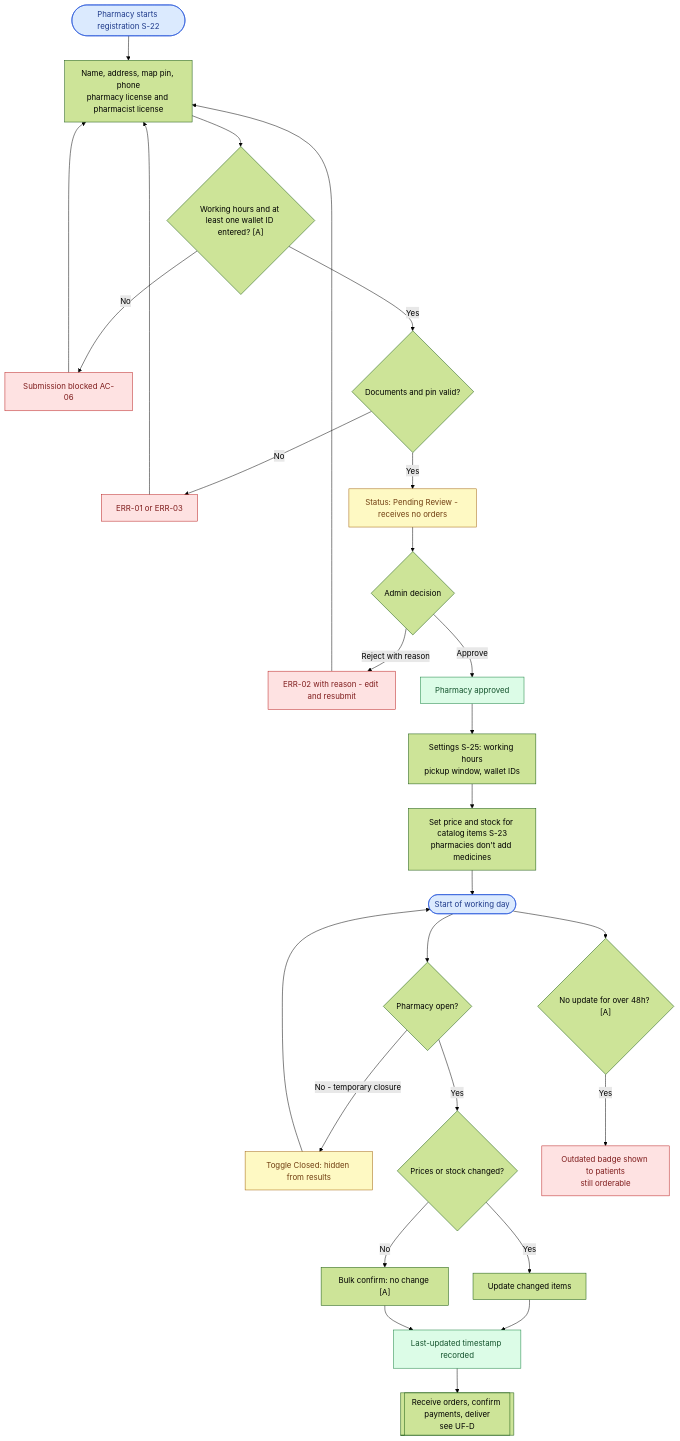
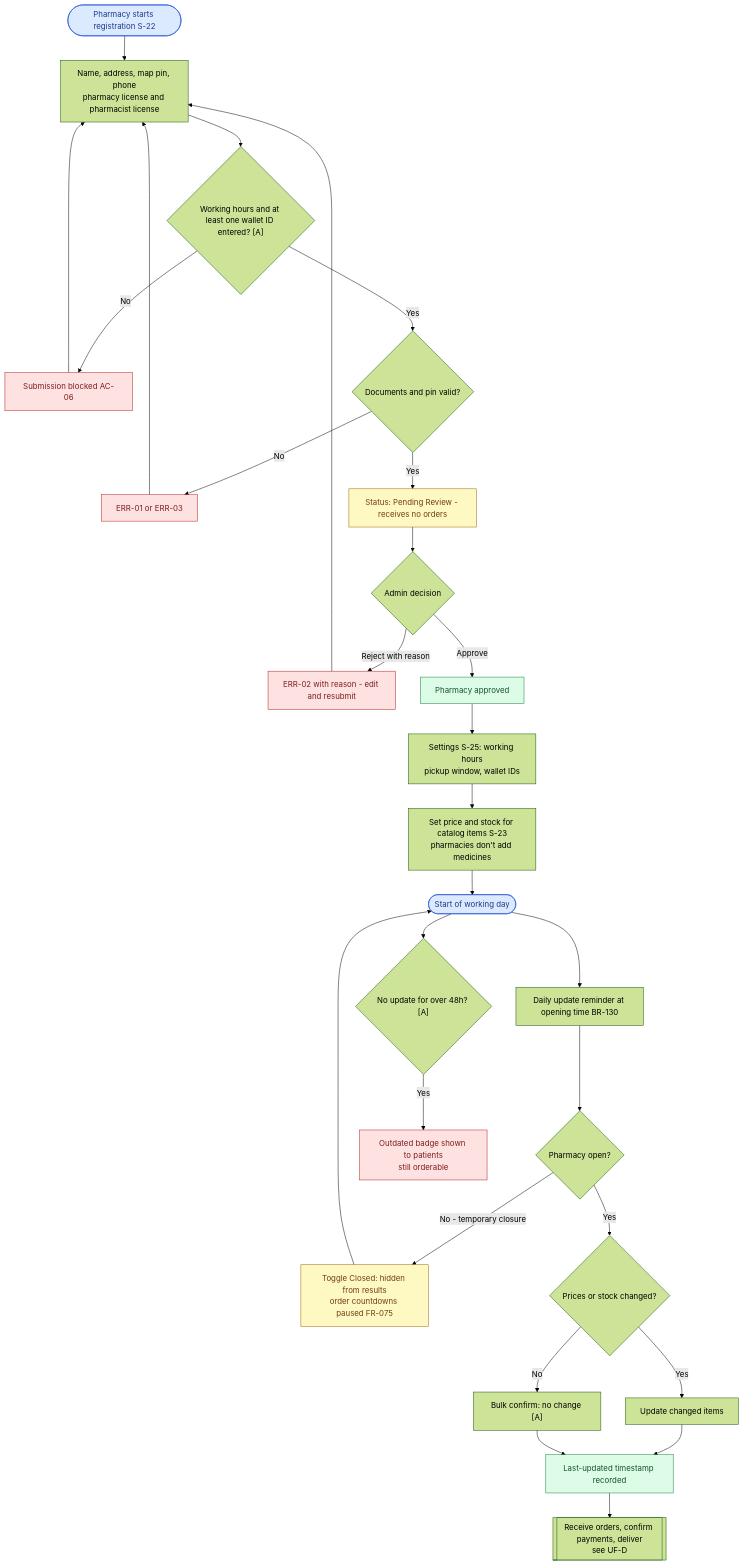
Diagram 11 of 12 in docs/user-flow.md (foxamoca/iltiam), drawn with Mermaid (forest theme) before and after one commit. The commit also changed other lines of this file and 6 other files, not shown here.

Commit message:
docs: update PRD (Arabic + PDFs), user flows and UI/UX to v1.1

````diff
--- a/docs/user-flow.md
+++ b/docs/user-flow.md
@@ -731,40 +763,41 @@
 ```mermaid
 flowchart TD
     START(["Pharmacy starts registration S-22"]) --> FORM["Name, address, map pin, phone<br/>pharmacy license and pharmacist license"]
     FORM --> REQ{"Working hours and at least one wallet ID entered? [A]"}
     REQ -->|"No"| BLOCK["Submission blocked AC-06"]
     BLOCK --> FORM
     REQ -->|"Yes"| DOCQ{"Documents and pin valid?"}
     DOCQ -->|"No"| ERR01["ERR-01 or ERR-03"]
     ERR01 --> FORM
     DOCQ -->|"Yes"| SUBMIT["Status: Pending Review - receives no orders"]
     SUBMIT --> REVIEW{"Admin decision"}
     REVIEW -->|"Reject with reason"| ERR02["ERR-02 with reason - edit and resubmit"]
     ERR02 --> FORM
     REVIEW -->|"Approve"| APPROVED["Pharmacy approved"]
     APPROVED --> SETTINGS["Settings S-25: working hours<br/>pickup window, wallet IDs"]
     SETTINGS --> INV["Set price and stock for catalog items S-23<br/>pharmacies don't add medicines"]
 
     INV --> DAY(["Start of working day"])
-    DAY --> OPENQ{"Pharmacy open?"}
-    OPENQ -->|"No - temporary closure"| CLOSED["Toggle Closed: hidden from results"]
+    DAY --> RMD["Daily update reminder at opening time BR-130"]
+    RMD --> OPENQ{"Pharmacy open?"}
+    OPENQ -->|"No - temporary closure"| CLOSED["Toggle Closed: hidden from results<br/>order countdowns paused FR-075"]
     CLOSED --> DAY
     OPENQ -->|"Yes"| UPD{"Prices or stock changed?"}
     UPD -->|"Yes"| EDIT["Update changed items"]
     UPD -->|"No"| BULK["Bulk confirm: no change [A]"]
     EDIT --> STAMP["Last-updated timestamp recorded"]
     BULK --> STAMP
     STAMP --> ORD[["Receive orders, confirm payments, deliver<br/>see UF-D"]]
 
     DAY --> STALE{"No update for over 48h? [A]"}
     STALE -->|"Yes"| OUTD["Outdated badge shown to patients<br/>still orderable"]
 
     classDef entry fill:#dbeafe,stroke:#1d4ed8,color:#1e3a8a
     classDef success fill:#dcfce7,stroke:#15803d,color:#14532d
     classDef error fill:#fee2e2,stroke:#b91c1c,color:#7f1d1d
     classDef pending fill:#fef9c3,stroke:#a16207,color:#713f12
     class START,DAY entry
     class APPROVED,STAMP success
     class BLOCK,ERR01,ERR02,OUTD error
     class SUBMIT,CLOSED pending
 ```
````
